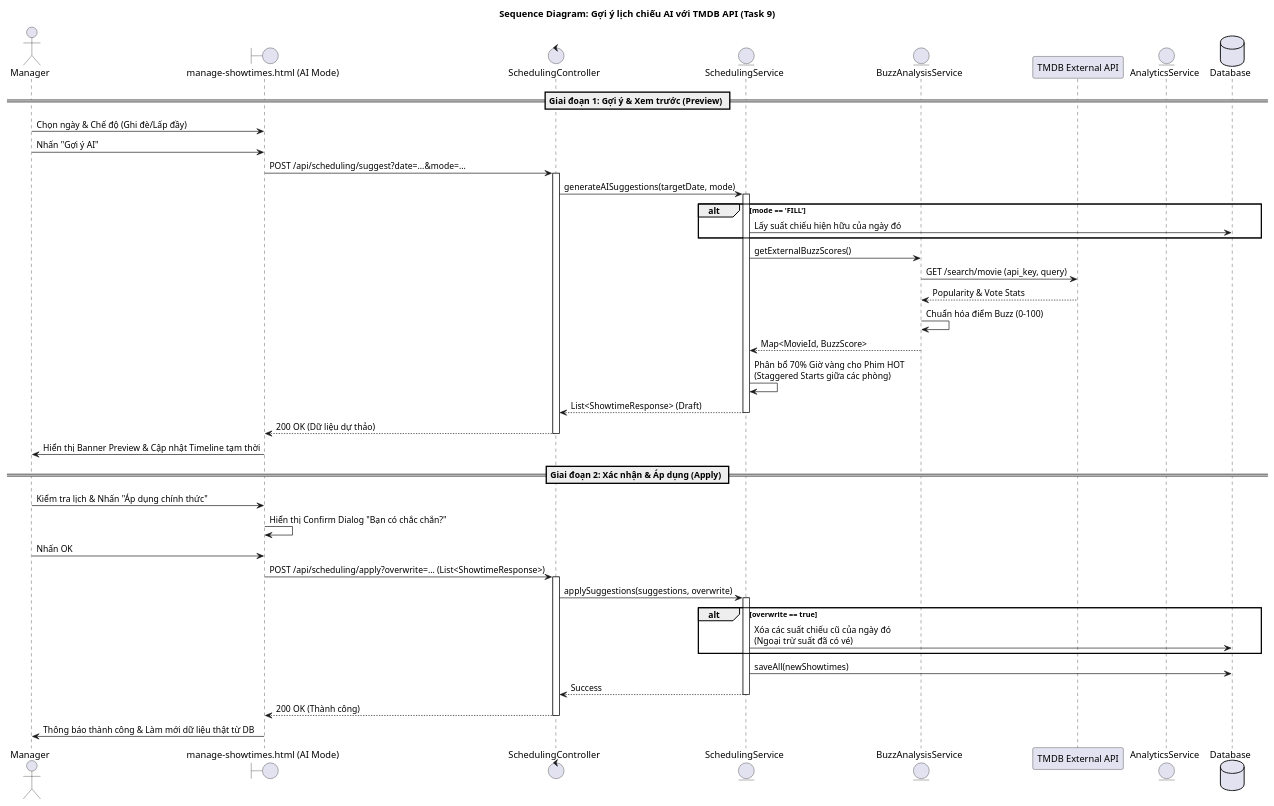
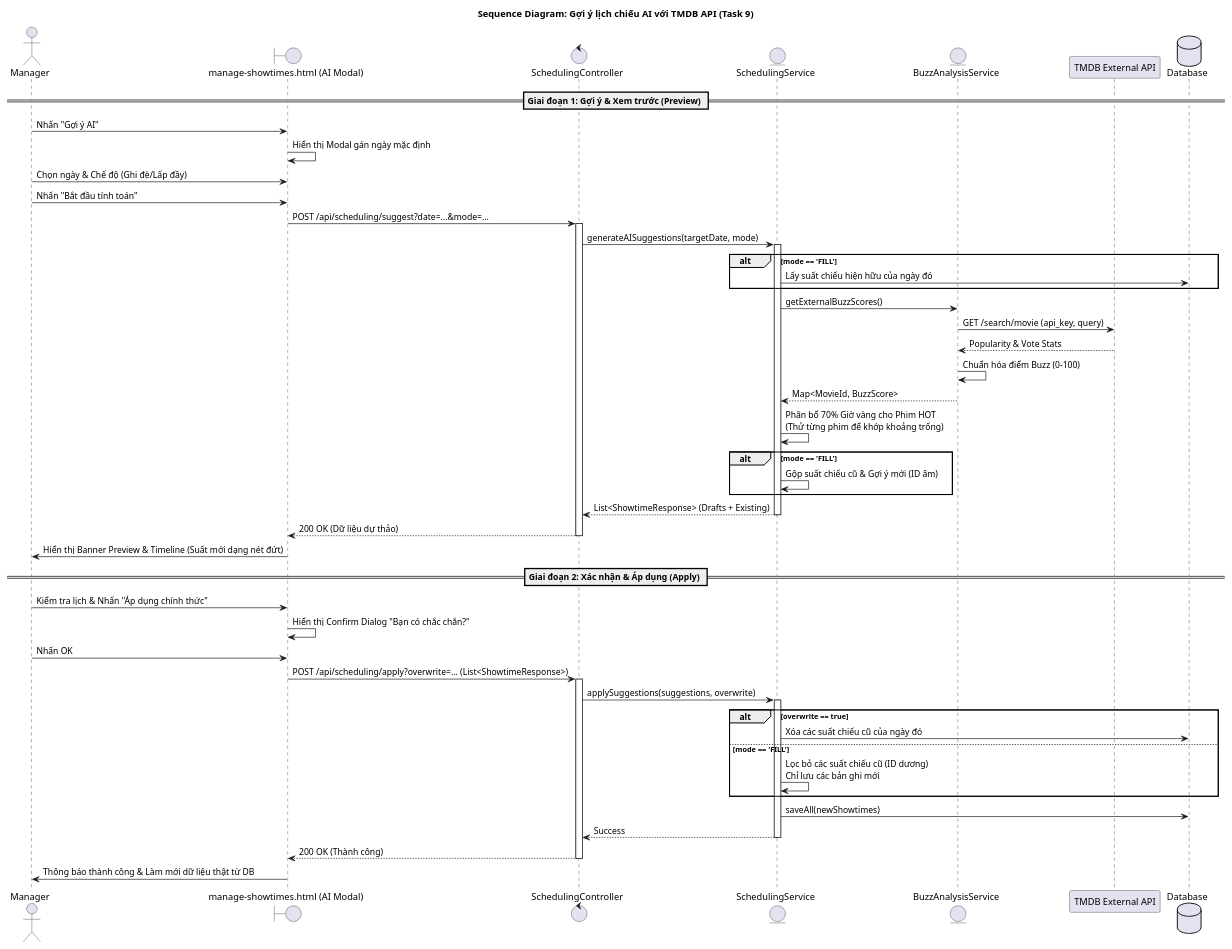
Before and after one commit to vothnha26/Cinema-Management-System: the diagram in uml/sequence/manager_ai_scheduling.puml, drawn with PlantUML. The commit also changed 17 other files, not shown here.

```diff
--- a/uml/sequence/manager_ai_scheduling.puml
+++ b/uml/sequence/manager_ai_scheduling.puml
@@ -1,64 +1,72 @@
 @startuml Manager AI Scheduling
 title Sequence Diagram: Gợi ý lịch chiếu AI với TMDB API (Task 9)
 skinparam theme cerulean
 
 actor Manager
-boundary "manage-showtimes.html (AI Mode)" as UI
+boundary "manage-showtimes.html (AI Modal)" as UI
 control "SchedulingController" as Ctrl
 entity "SchedulingService" as Svc
 entity "BuzzAnalysisService" as BuzzSvc
 participant "TMDB External API" as TMDB
-entity "AnalyticsService" as AnalyticsSvc
 database "Database" as DB
 
 == Giai đoạn 1: Gợi ý & Xem trước (Preview) ==
+Manager -> UI: Nhấn "Gợi ý AI"
+UI -> UI: Hiển thị Modal gán ngày mặc định
 Manager -> UI: Chọn ngày & Chế độ (Ghi đè/Lấp đầy)
-Manager -> UI: Nhấn "Gợi ý AI"
+Manager -> UI: Nhấn "Bắt đầu tính toán"
+
 UI -> Ctrl: POST /api/scheduling/suggest?date=...&mode=...
 activate Ctrl
 
 Ctrl -> Svc: generateAISuggestions(targetDate, mode)
 activate Svc
 
 alt mode == 'FILL'
     Svc -> DB: Lấy suất chiếu hiện hữu của ngày đó
 end
 
 Svc -> BuzzSvc: getExternalBuzzScores()
 BuzzSvc -> TMDB: GET /search/movie (api_key, query)
 TMDB --> BuzzSvc: Popularity & Vote Stats
 BuzzSvc -> BuzzSvc: Chuẩn hóa điểm Buzz (0-100)
 BuzzSvc --> Svc: Map<MovieId, BuzzScore>
 
-Svc -> Svc: Phân bổ 70% Giờ vàng cho Phim HOT \n(Staggered Starts giữa các phòng)
+Svc -> Svc: Phân bổ 70% Giờ vàng cho Phim HOT \n(Thử từng phim để khớp khoảng trống)
 
-Svc --> Ctrl: List<ShowtimeResponse> (Draft)
+alt mode == 'FILL'
+    Svc -> Svc: Gộp suất chiếu cũ & Gợi ý mới (ID âm)
+end
+
+Svc --> Ctrl: List<ShowtimeResponse> (Drafts + Existing)
 deactivate Svc
 
 Ctrl --> UI: 200 OK (Dữ liệu dự thảo)
 deactivate Ctrl
 
-UI -> Manager: Hiển thị Banner Preview & Cập nhật Timeline tạm thời
+UI -> Manager: Hiển thị Banner Preview & Timeline (Suất mới dạng nét đứt)
 
 == Giai đoạn 2: Xác nhận & Áp dụng (Apply) ==
 Manager -> UI: Kiểm tra lịch & Nhấn "Áp dụng chính thức"
 UI -> UI: Hiển thị Confirm Dialog "Bạn có chắc chắn?"
 Manager -> UI: Nhấn OK
 
 UI -> Ctrl: POST /api/scheduling/apply?overwrite=... (List<ShowtimeResponse>)
 activate Ctrl
 Ctrl -> Svc: applySuggestions(suggestions, overwrite)
 activate Svc
 
 alt overwrite == true
-    Svc -> DB: Xóa các suất chiếu cũ của ngày đó \n(Ngoại trừ suất đã có vé)
+    Svc -> DB: Xóa các suất chiếu cũ của ngày đó
+else mode == 'FILL'
+    Svc -> Svc: Lọc bỏ các suất chiếu cũ (ID dương) \nChỉ lưu các bản ghi mới
 end
 
 Svc -> DB: saveAll(newShowtimes)
 Svc --> Ctrl: Success
 deactivate Svc
 Ctrl --> UI: 200 OK (Thành công)
 deactivate Ctrl
 
 UI -> Manager: Thông báo thành công & Làm mới dữ liệu thật từ DB
 @enduml
```
